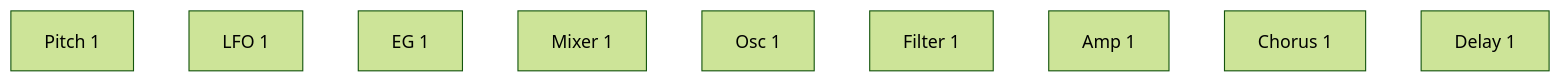
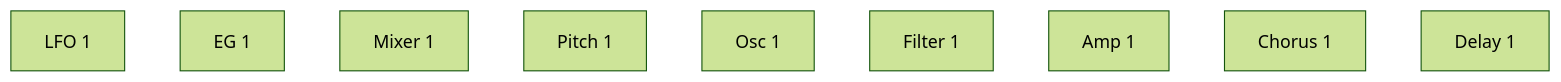
The second of 6 diagrams in spms1_type2/README.ja.md (risgk/midi_synthesizer_spms1), drawn with Mermaid (forest theme) before and after one commit. The commit also changed other lines of this file and 6 other files, not shown here.

First line of the commit message:
type-2: Run Pitch 1 just ahead of Osc 1, and place it above Osc 1 in the editor

````diff
--- a/spms1_type2/README.ja.md
+++ b/spms1_type2/README.ja.md
@@ -202,4 +202,4 @@
 ```mermaid
 flowchart LR
-  PITCH[Pitch 1] ~~~ LFO[LFO 1] ~~~ EG[EG 1] ~~~ MIX1[Mixer 1] ~~~ OSC[Osc 1] ~~~ FILTER[Filter 1] ~~~ AMP[Amp 1] ~~~ CHORUS[Chorus 1] ~~~ DELAY[Delay 1]
+  LFO[LFO 1] ~~~ EG[EG 1] ~~~ MIX1[Mixer 1] ~~~ PITCH[Pitch 1] ~~~ OSC[Osc 1] ~~~ FILTER[Filter 1] ~~~ AMP[Amp 1] ~~~ CHORUS[Chorus 1] ~~~ DELAY[Delay 1]
 ```
````
